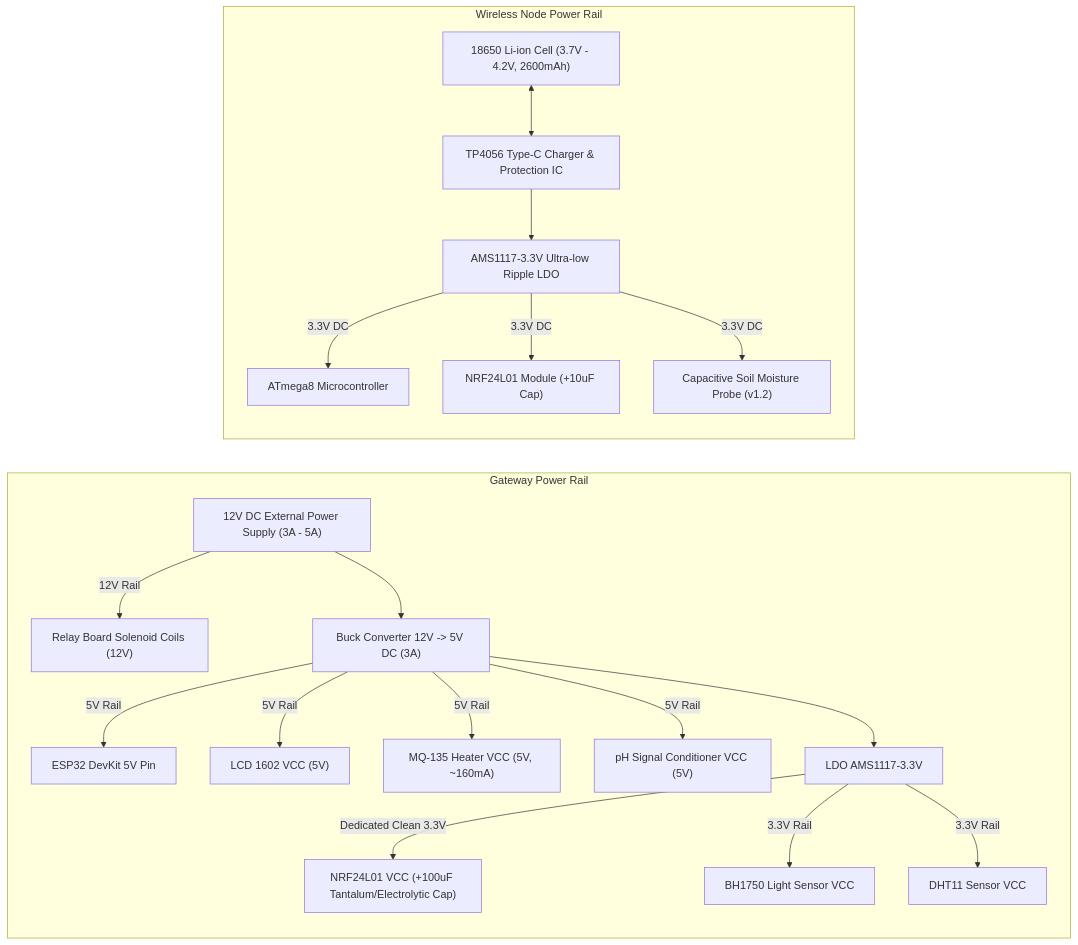
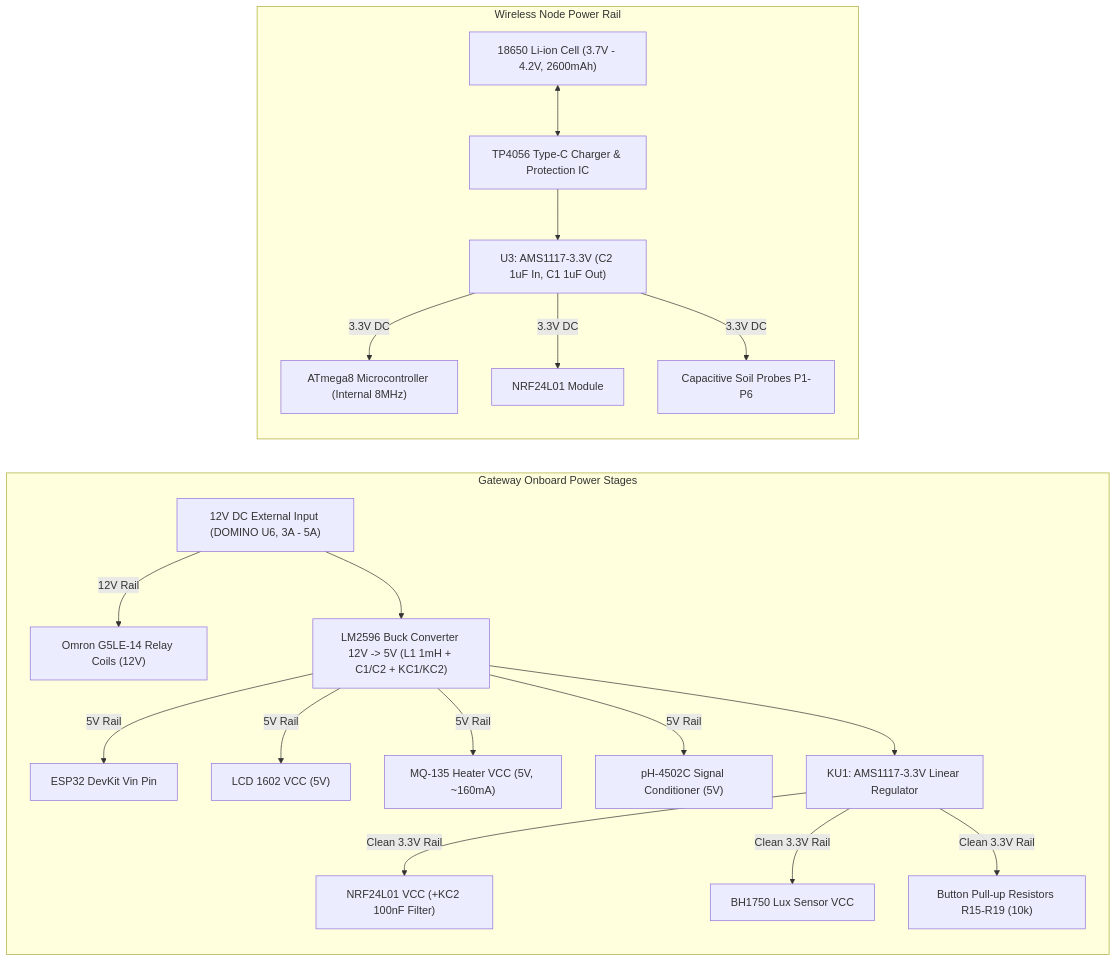
One commit to vthinh-la/smart-agriculture-iot-system changed the second of 2 diagrams in docs/architecture.md. Above: the diagram before and after it, drawn with Mermaid. The commit also changed other lines of this file and 22 other files, not shown here.

Commit message:
fix(hardware,docs): integrate official SO_DO_MACH schematics and correct BOM/wiring inaccuracies

````diff
--- a/docs/architecture.md
+++ b/docs/architecture.md
@@ -86,32 +88,32 @@
 ```mermaid
 graph LR
-    PWR_MAIN["12V DC External Power Supply (3A - 5A)"]
+    PWR_MAIN["12V DC External Input (DOMINO U6, 3A - 5A)"]
     
-    subgraph Gateway_Power ["Gateway Power Rail"]
-        LM2596["Buck Converter 12V -> 5V DC (3A)"]
-        AMS_3V3["LDO AMS1117-3.3V"]
+    subgraph Gateway_Power ["Gateway Onboard Power Stages"]
+        LM2596["LM2596 Buck Converter 12V -> 5V (L1 1mH + C1/C2 + KC1/KC2)"]
+        AMS_GATEWAY["KU1: AMS1117-3.3V Linear Regulator"]
         
-        PWR_MAIN -->|12V Rail| RELAY_COILS["Relay Board Solenoid Coils (12V)"]
+        PWR_MAIN -->|12V Rail| RELAY_COILS["Omron G5LE-14 Relay Coils (12V)"]
         PWR_MAIN --> LM2596
-        LM2596 -->|5V Rail| ESP32_VIN["ESP32 DevKit 5V Pin"]
+        LM2596 -->|5V Rail| ESP32_VIN["ESP32 DevKit Vin Pin"]
         LM2596 -->|5V Rail| LCD_PWR["LCD 1602 VCC (5V)"]
         LM2596 -->|5V Rail| MQ_HTR["MQ-135 Heater VCC (5V, ~160mA)"]
-        LM2596 -->|5V Rail| PH_PWR["pH Signal Conditioner VCC (5V)"]
-        LM2596 --> AMS_3V3
-        AMS_3V3 -->|Dedicated Clean 3.3V| NRF_GATEWAY["NRF24L01 VCC (+100uF Tantalum/Electrolytic Cap)"]
-        AMS_3V3 -->|3.3V Rail| BH1750_PWR["BH1750 Light Sensor VCC"]
-        AMS_3V3 -->|3.3V Rail| DHT_PWR["DHT11 Sensor VCC"]
+        LM2596 -->|5V Rail| PH_PWR["pH-4502C Signal Conditioner (5V)"]
+        LM2596 --> AMS_GATEWAY
+        AMS_GATEWAY -->|Clean 3.3V Rail| NRF_GATEWAY["NRF24L01 VCC (+KC2 100nF Filter)"]
+        AMS_GATEWAY -->|Clean 3.3V Rail| BH1750_PWR["BH1750 Lux Sensor VCC"]
+        AMS_GATEWAY -->|Clean 3.3V Rail| BUTTON_PULLUP["Button Pull-up Resistors R15-R19 (10k)"]
     end
 
     subgraph Node_Power ["Wireless Node Power Rail"]
         BAT["18650 Li-ion Cell (3.7V - 4.2V, 2600mAh)"]
         TP4056["TP4056 Type-C Charger & Protection IC"]
-        AMS_NODE["AMS1117-3.3V Ultra-low Ripple LDO"]
+        AMS_NODE["U3: AMS1117-3.3V (C2 1uF In, C1 1uF Out)"]
         
         BAT <--> TP4056
         TP4056 --> AMS_NODE
-        AMS_NODE -->|3.3V DC| ATMEGA8["ATmega8 Microcontroller"]
-        AMS_NODE -->|3.3V DC| NRF_NODE["NRF24L01 Module (+10uF Cap)"]
-        AMS_NODE -->|3.3V DC| CAP_SOIL["Capacitive Soil Moisture Probe (v1.2)"]
+        AMS_NODE -->|3.3V DC| ATMEGA8["ATmega8 Microcontroller (Internal 8MHz)"]
+        AMS_NODE -->|3.3V DC| NRF_NODE["NRF24L01 Module"]
+        AMS_NODE -->|3.3V DC| CAP_SOIL["Capacitive Soil Probes P1-P6"]
     end
 ```
````
